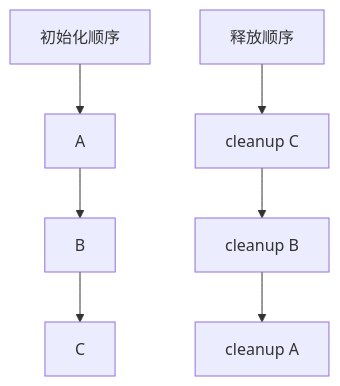
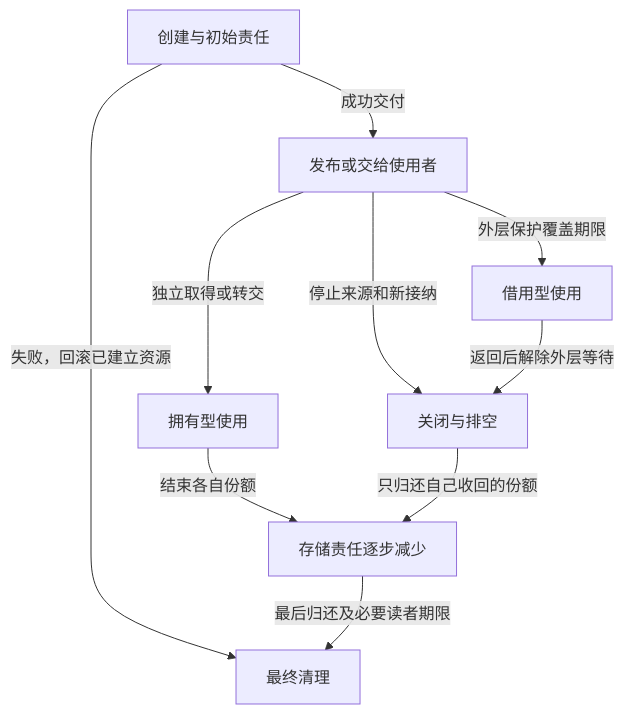
Before and after one commit to FormingSystem/linux_note: the second of 2 diagrams in knowledge/linux/object_lifetime/kref/P13_工程模板.md, drawn with Mermaid. The commit also changed other lines of this file and 17 other files, not shown here.

````diff
--- a/knowledge/linux/object_lifetime/kref/P13_工程模板.md
+++ b/knowledge/linux/object_lifetime/kref/P13_工程模板.md
@@ -382,10 +250,12 @@
 ```mermaid
 flowchart TD
-    A["初始化顺序"] --> B["A"]
-    B --> C["B"]
-    C --> D["C"]
-
-    E["释放顺序"] --> F["cleanup C"]
-    F --> G["cleanup B"]
-    G --> H["cleanup A"]
+    A["创建与初始责任"] -->|"成功交付"| B["发布或交给使用者"]
+    A -->|"失败，回滚已建立资源"| Z["最终清理"]
+    B -->|"独立取得或转交"| C["拥有型使用"]
+    B -->|"外层保护覆盖期限"| D["借用型使用"]
+    B -->|"停止来源和新接纳"| E["关闭与排空"]
+    C -->|"结束各自份额"| F["存储责任逐步减少"]
+    D -->|"返回后解除外层等待"| E
+    E -->|"只归还自己收回的份额"| F
+    F -->|"最后归还及必要读者期限"| Z
 ```
````
